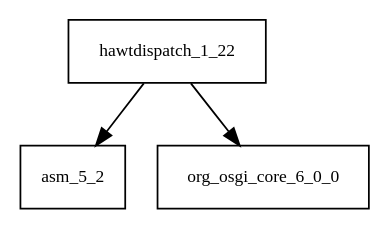
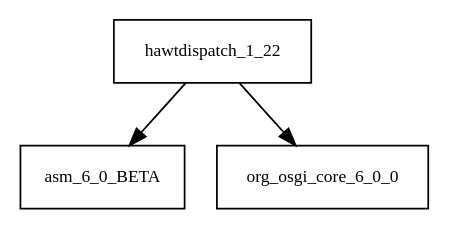
Before and after one commit to AglaianWoman/cia: the diagram in tattleTaleReport/graphviz/hawtdispatch-1.22.jar/hawtdispatch-1.22.jar.dot, drawn with Graphviz. The commit also changed 2149 other files, not shown here.

```diff
--- a/tattleTaleReport/graphviz/hawtdispatch-1.22.jar/hawtdispatch-1.22.jar.dot
+++ b/tattleTaleReport/graphviz/hawtdispatch-1.22.jar/hawtdispatch-1.22.jar.dot
@@ -1,5 +1,5 @@
 digraph hawtdispatch_1_22_dependencies {
   node [shape = box, fontsize=10.0];
-  hawtdispatch_1_22 -> asm_5_2;
+  hawtdispatch_1_22 -> asm_6_0_BETA;
   hawtdispatch_1_22 -> org_osgi_core_6_0_0;
 }
```
